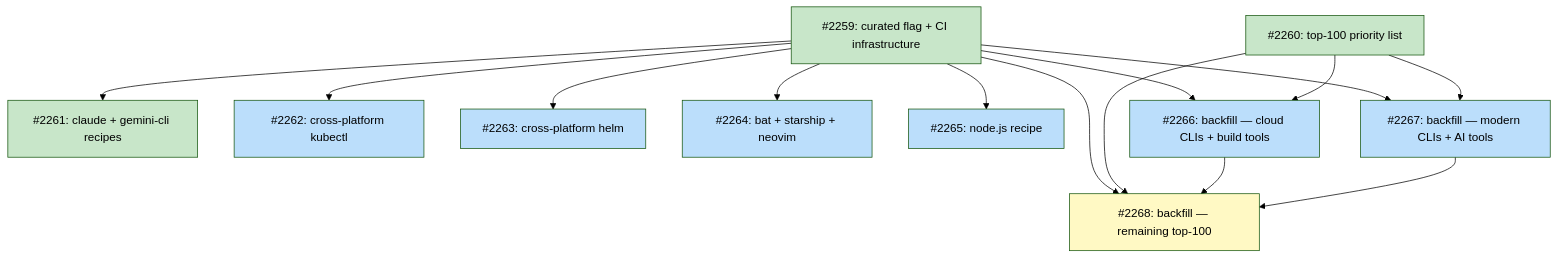
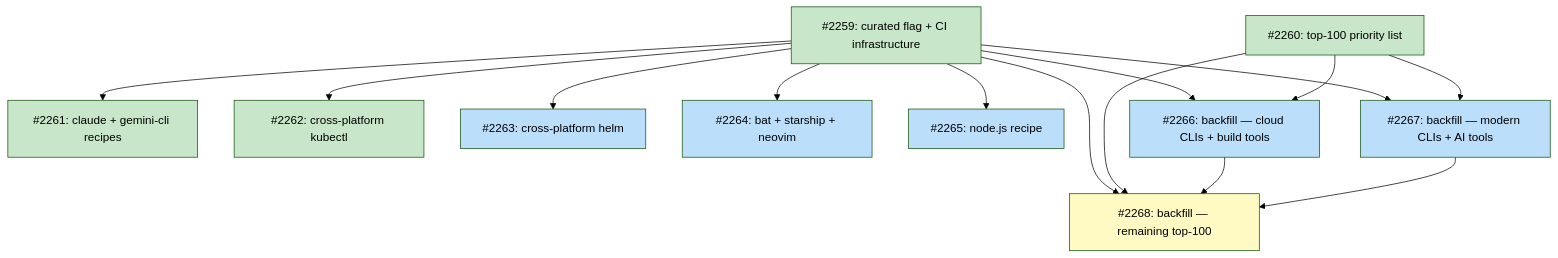
The diagram in docs/plans/PLAN-curated-recipes.md (tsukumogami/tsuku), drawn with Mermaid (forest theme) before and after one commit. The commit also changed other lines of this file and 1 other file, not shown here.

Commit message:
docs: mark #2262 complete in design and plan docs

````diff
--- a/docs/plans/PLAN-curated-recipes.md
+++ b/docs/plans/PLAN-curated-recipes.md
@@ -51,41 +51,41 @@
 ```mermaid
 graph TD
     I2259["#2259: curated flag + CI infrastructure"]
     I2260["#2260: top-100 priority list"]
     I2261["#2261: claude + gemini-cli recipes"]
     I2262["#2262: cross-platform kubectl"]
     I2263["#2263: cross-platform helm"]
     I2264["#2264: bat + starship + neovim"]
     I2265["#2265: node.js recipe"]
     I2266["#2266: backfill — cloud CLIs + build tools"]
     I2267["#2267: backfill — modern CLIs + AI tools"]
     I2268["#2268: backfill — remaining top-100"]
 
     I2259 --> I2261
     I2259 --> I2262
     I2259 --> I2263
     I2259 --> I2264
     I2259 --> I2265
     I2259 --> I2266
     I2259 --> I2267
     I2259 --> I2268
     I2260 --> I2266
     I2260 --> I2267
     I2260 --> I2268
     I2266 --> I2268
     I2267 --> I2268
 
     classDef done fill:#c8e6c9
     classDef ready fill:#bbdefb
     classDef blocked fill:#fff9c4
     classDef needsDesign fill:#e1bee7
     classDef needsPrd fill:#b3e5fc
     classDef needsSpike fill:#ffcdd2
     classDef needsDecision fill:#d1c4e9
     classDef tracksDesign fill:#FFE0B2,stroke:#F57C00,color:#000
     classDef tracksPlan fill:#FFE0B2,stroke:#F57C00,color:#000
 
-    class I2259,I2260,I2261 done
-    class I2262,I2263,I2264,I2265,I2266,I2267 ready
+    class I2259,I2260,I2261,I2262 done
+    class I2263,I2264,I2265,I2266,I2267 ready
     class I2268 blocked
 ```
````
